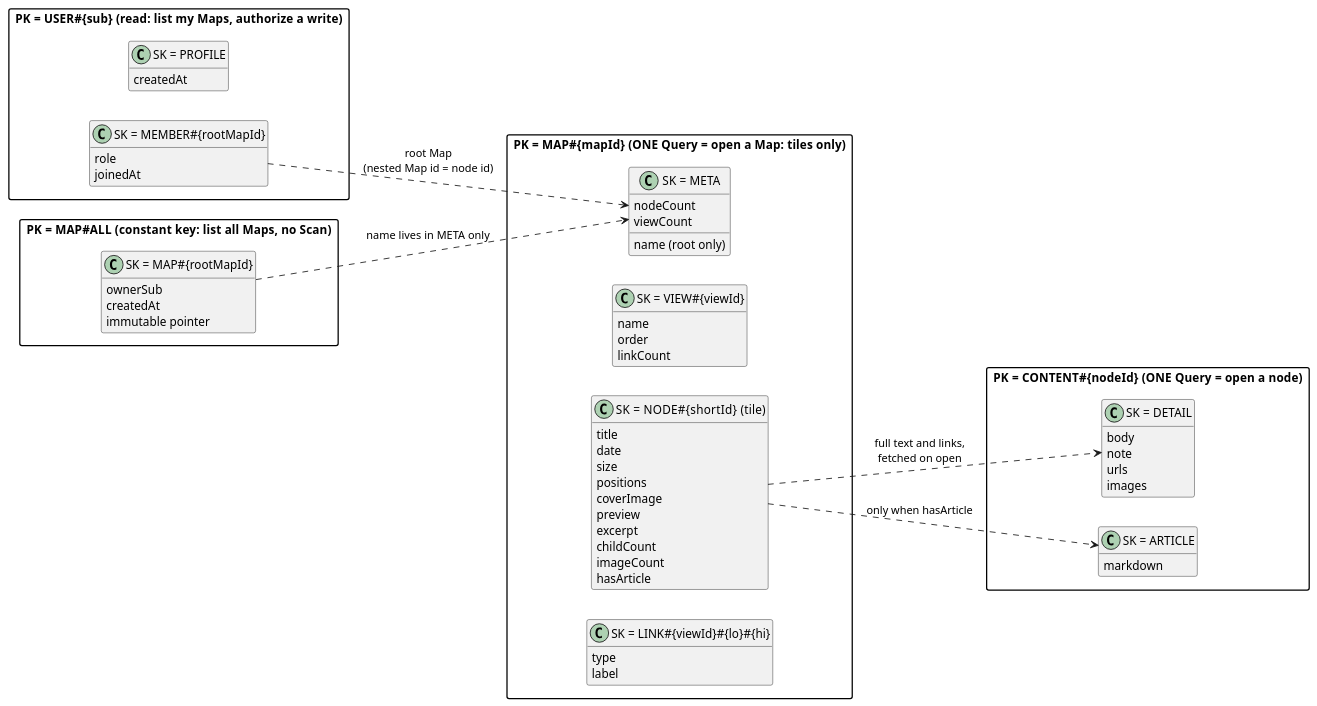
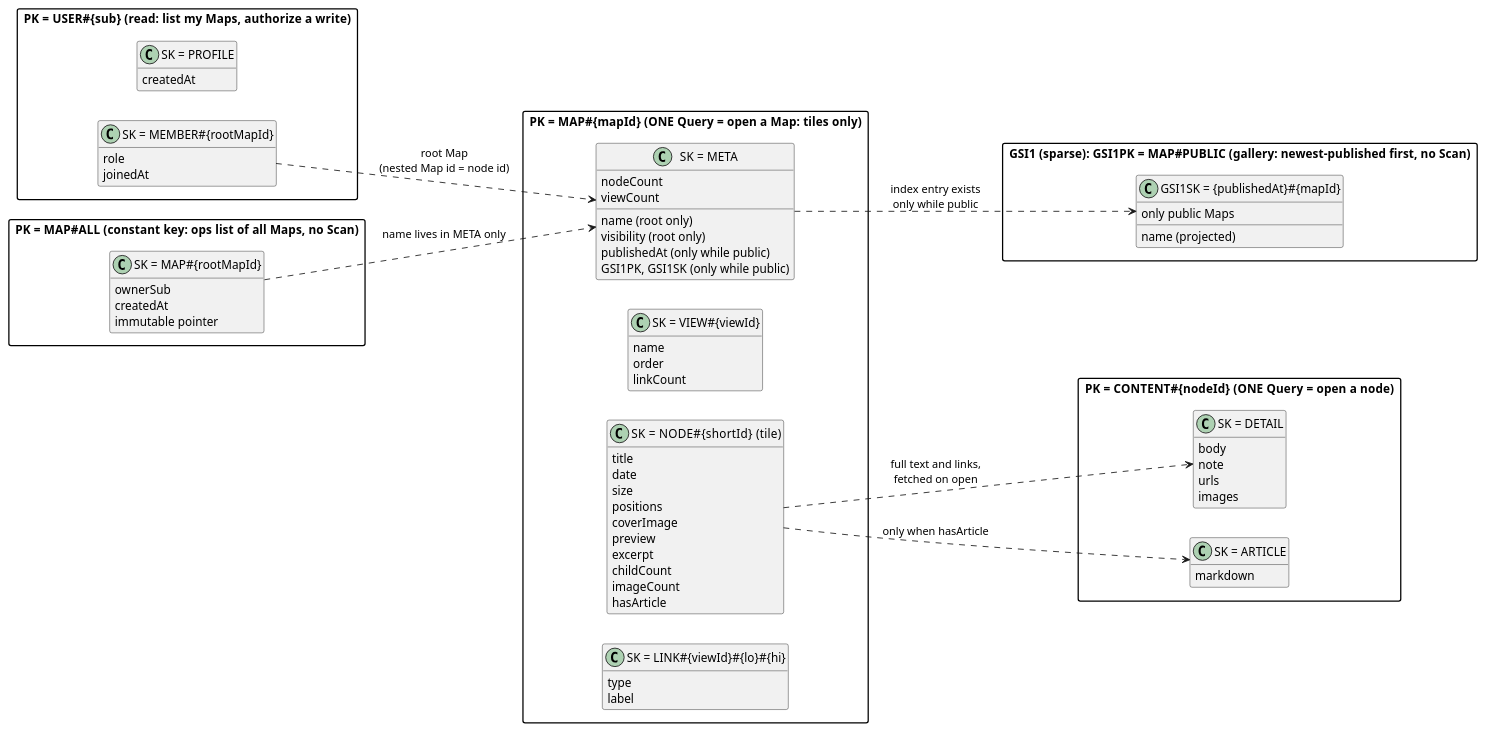
The diagram in DOC/architecture/diagrams/physical_layout.puml (LouayBks/spiresen-saga), drawn with PlantUML before and after one commit. The commit also changed 7 other files, not shown here.

First line of the commit message:
docs(docs): add map-visibility spec, amend ADR-007 with gallery index

```diff
--- a/DOC/architecture/diagrams/physical_layout.puml
+++ b/DOC/architecture/diagrams/physical_layout.puml
@@ -1,70 +1,81 @@
 @startuml physical_layout
 hide empty members
 skinparam classAttributeIconSize 0
 skinparam packageStyle rectangle
 left to right direction
 
 package "PK = USER#{sub}   (read: list my Maps, authorize a write)" {
   class "SK = PROFILE" as U1 {
     createdAt
   }
   class "SK = MEMBER#{rootMapId}" as U2 {
     role
     joinedAt
   }
 }
 
 package "PK = MAP#{mapId}   (ONE Query = open a Map: tiles only)" {
   class "SK = META" as M1 {
     name (root only)
     nodeCount
     viewCount
+    visibility (root only)
+    publishedAt (only while public)
+    GSI1PK, GSI1SK (only while public)
   }
   class "SK = VIEW#{viewId}" as M2 {
     name
     order
     linkCount
   }
   class "SK = NODE#{shortId}   (tile)" as M3 {
     title
     date
     size
     positions
     coverImage
     preview
     excerpt
     childCount
     imageCount
     hasArticle
   }
   class "SK = LINK#{viewId}#{lo}#{hi}" as M4 {
     type
     label
   }
 }
 
 package "PK = CONTENT#{nodeId}   (ONE Query = open a node)" {
   class "SK = DETAIL" as C1 {
     body
     note
     urls
     images
   }
   class "SK = ARTICLE" as C2 {
     markdown
   }
 }
 
-package "PK = MAP#ALL   (constant key: list all Maps, no Scan)" {
+package "GSI1 (sparse): GSI1PK = MAP#PUBLIC   (gallery: newest-published first, no Scan)" {
+  class "GSI1SK = {publishedAt}#{mapId}" as G1 {
+    name (projected)
+    only public Maps
+  }
+}
+
+package "PK = MAP#ALL   (constant key: ops list of all Maps, no Scan)" {
   class "SK = MAP#{rootMapId}" as D1 {
     ownerSub
     createdAt
     immutable pointer
   }
 }
 
 M3 ..> C1 : full text and links,\nfetched on open
 M3 ..> C2 : only when hasArticle
 U2 ..> M1 : root Map\n(nested Map id = node id)
 D1 ..> M1 : name lives in META only
+M1 ..> G1 : index entry exists\nonly while public
 @enduml
```
